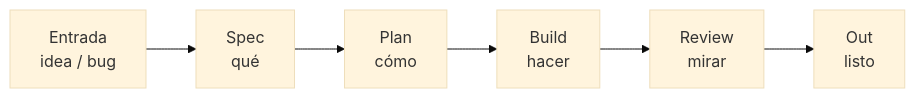
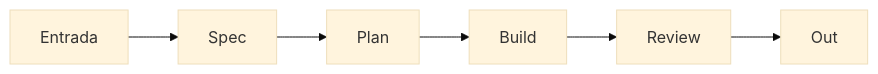
One commit to SERGIOIVORRA/Manual-Software-Factory-ES changed the third of 5 diagrams in README.md. Above: the diagram before and after it, drawn with Mermaid (base theme). The commit also changed other lines of this file and 4 other files, not shown here.

Commit message:
Put animated diagrams in the README itself

````diff
--- a/README.md
+++ b/README.md
@@ -35,8 +36,8 @@
 ```mermaid
 flowchart LR
-  E[Entrada\nidea / bug] --> S[Spec\nqué]
-  S --> P[Plan\ncómo]
-  P --> B[Build\nhacer]
-  B --> R[Review\nmirar]
-  R --> O[Out\nlisto]
+  E[Entrada] --> S[Spec]
+  S --> P[Plan]
+  P --> B[Build]
+  B --> R[Review]
+  R --> O[Out]
 ```
````
